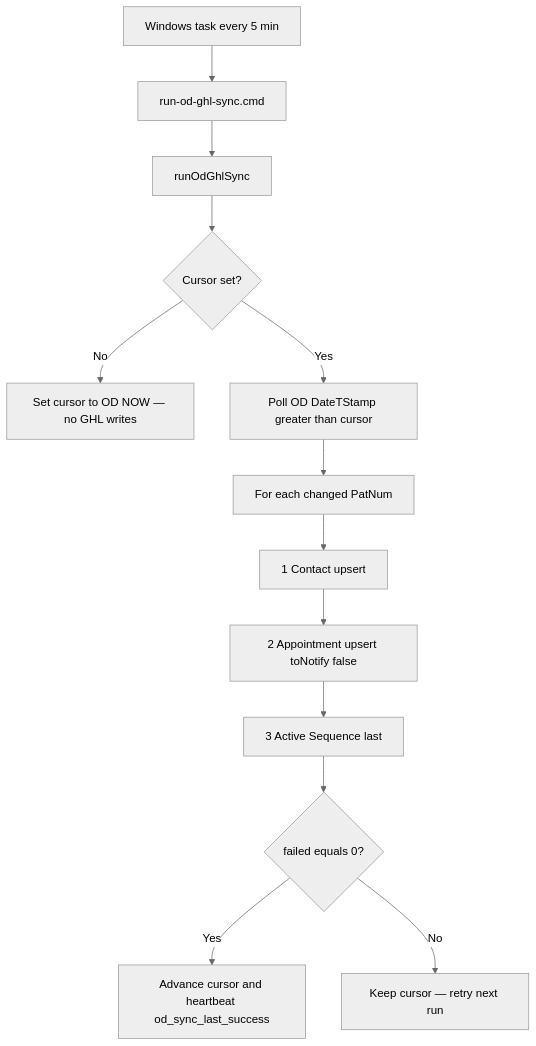
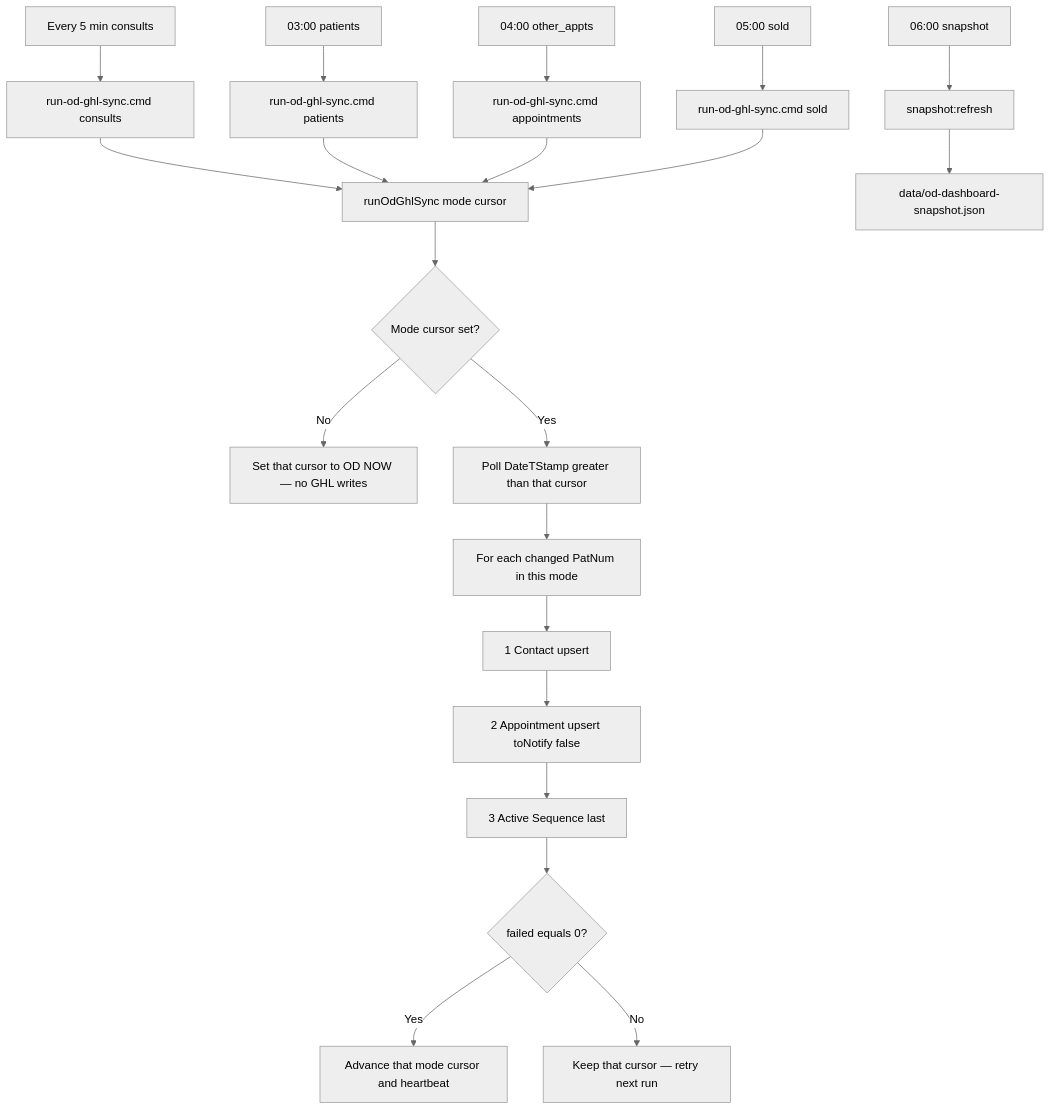
One commit to sonrieai/texoma-monorepo changed the diagram in docs/SYNC_SCHEDULE.md. Above: the diagram before and after it, drawn with Mermaid (neutral theme). The commit also changed other lines of this file and 22 other files, not shown here.

First line of the commit message:
Stagger GHL sync and persist a once-daily dashboard snapshot.

````diff
--- a/docs/SYNC_SCHEDULE.md
+++ b/docs/SYNC_SCHEDULE.md
@@ -77,15 +78,23 @@
 ```mermaid
 flowchart TB
-  SCH["Windows task every 5 min"] --> CMD["run-od-ghl-sync.cmd"]
-  CMD --> RUN["runOdGhlSync"]
-  RUN --> CUR{"Cursor set?"}
-  CUR -->|No| INIT["Set cursor to OD NOW — no GHL writes"]
-  CUR -->|Yes| POLL["Poll OD DateTStamp greater than cursor"]
-  POLL --> LOOP["For each changed PatNum"]
+  Fast["Every 5 min consults"] --> CMD["run-od-ghl-sync.cmd consults"]
+  N3["03:00 patients"] --> P["run-od-ghl-sync.cmd patients"]
+  N4["04:00 other_appts"] --> A["run-od-ghl-sync.cmd appointments"]
+  N5["05:00 sold"] --> S["run-od-ghl-sync.cmd sold"]
+  Dash["06:00 snapshot"] --> SNAP["snapshot:refresh"]
+  CMD --> RUN["runOdGhlSync mode cursor"]
+  P --> RUN
+  A --> RUN
+  S --> RUN
+  RUN --> CUR{"Mode cursor set?"}
+  CUR -->|No| INIT["Set that cursor to OD NOW — no GHL writes"]
+  CUR -->|Yes| POLL["Poll DateTStamp greater than that cursor"]
+  POLL --> LOOP["For each changed PatNum in this mode"]
   LOOP --> C1["1 Contact upsert"]
   C1 --> C2["2 Appointment upsert toNotify false"]
   C2 --> C3["3 Active Sequence last"]
   C3 --> OK{"failed equals 0?"}
-  OK -->|Yes| ADV["Advance cursor and heartbeat od_sync_last_success"]
-  OK -->|No| KEEP["Keep cursor — retry next run"]
+  OK -->|Yes| ADV["Advance that mode cursor and heartbeat"]
+  OK -->|No| KEEP["Keep that cursor — retry next run"]
+  SNAP --> FILE["data/od-dashboard-snapshot.json"]
 ```
````
